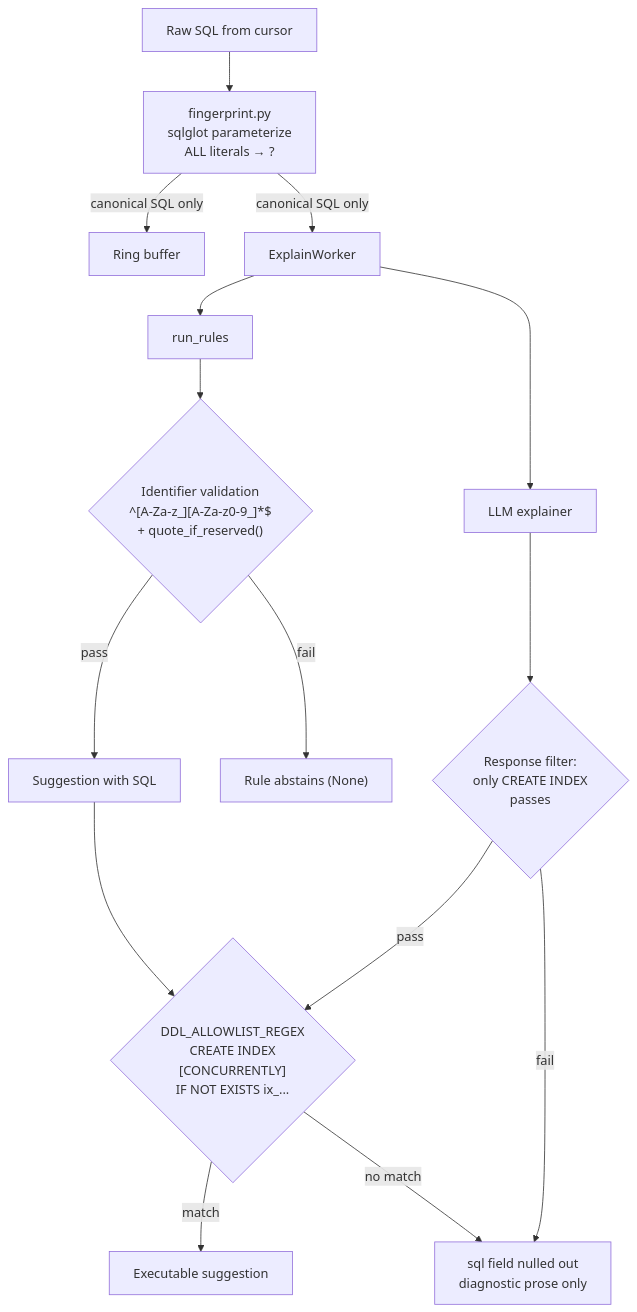
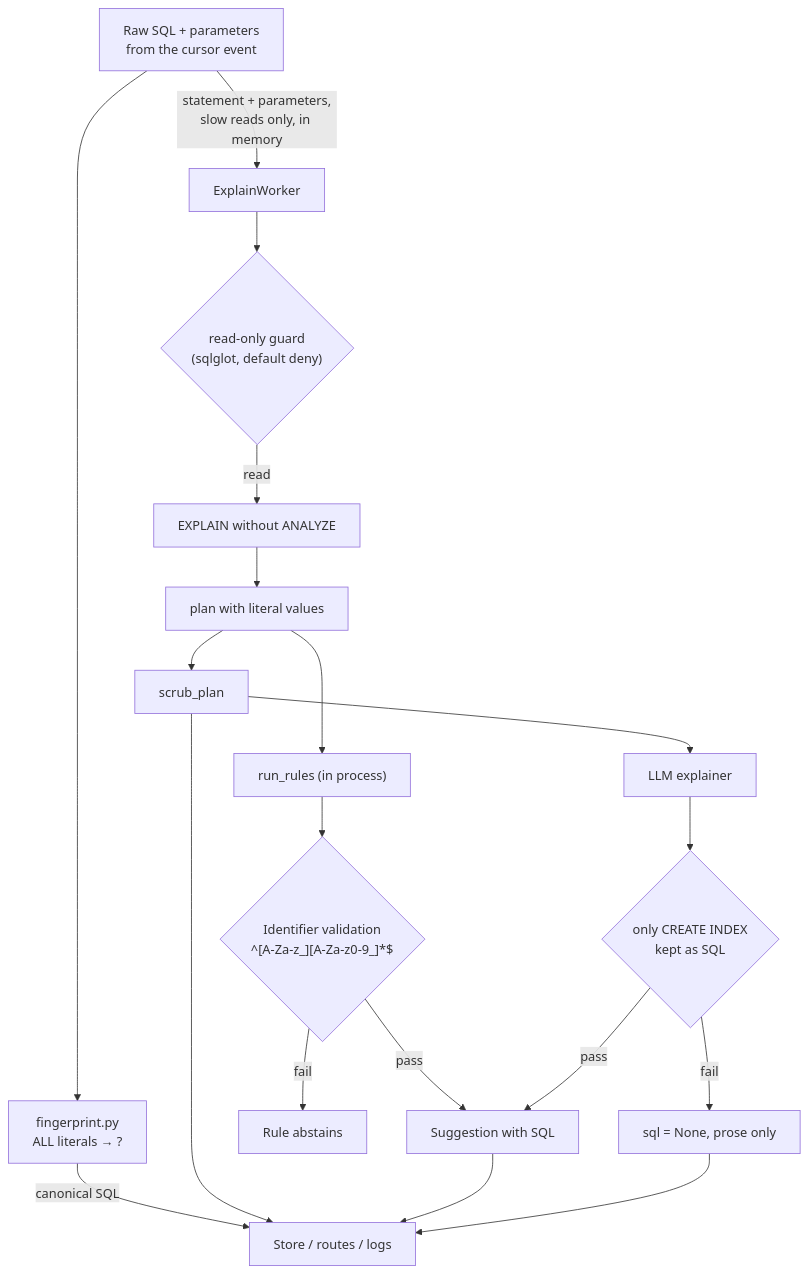
The third of 3 diagrams in docs/ARCHITECTURE.md (Abdul-Muizz1310/slowquery-detective), drawn with Mermaid before and after one commit. The commit also changed other lines of this file and 5 other files, not shown here.

````diff
--- a/docs/ARCHITECTURE.md
+++ b/docs/ARCHITECTURE.md
@@ -66,17 +86,21 @@
 ```mermaid
 flowchart TD
-    Raw["Raw SQL from cursor"] --> FP["fingerprint.py<br/>sqlglot parameterize<br/>ALL literals → ?"]
-    FP -->|"canonical SQL only"| Buffer["Ring buffer"]
-    FP -->|"canonical SQL only"| Worker["ExplainWorker"]
-    Worker --> Rules["run_rules"]
-    Rules --> IdCheck{"Identifier validation<br/>^[A-Za-z_][A-Za-z0-9_]*$<br/>+ quote_if_reserved()"}
+    Raw["Raw SQL + parameters<br/>from the cursor event"] --> FP["fingerprint.py<br/>ALL literals → ?"]
+    FP -->|"canonical SQL"| Store["Store / routes / logs"]
+    Raw -->|"statement + parameters,<br/>slow reads only, in memory"| Worker["ExplainWorker"]
+    Worker --> Guard{"read-only guard<br/>(sqlglot, default deny)"}
+    Guard -- "read" --> Explain["EXPLAIN without ANALYZE"]
+    Explain --> Plan["plan with literal values"]
+    Plan --> Rules["run_rules (in process)"]
+    Plan --> Scrub["scrub_plan"]
+    Scrub --> Store
+    Scrub --> LLM["LLM explainer"]
+    Rules --> IdCheck{"Identifier validation<br/>^[A-Za-z_][A-Za-z0-9_]*$"}
     IdCheck -- "pass" --> Suggestion["Suggestion with SQL"]
-    IdCheck -- "fail" --> Abstain["Rule abstains (None)"]
-    Suggestion --> DDL{"DDL_ALLOWLIST_REGEX<br/>CREATE INDEX<br/>[CONCURRENTLY]<br/>IF NOT EXISTS ix_..."}
-    DDL -- "match" --> Executable["Executable suggestion"]
-    DDL -- "no match" --> Prose["sql field nulled out<br/>diagnostic prose only"]
-    Worker --> LLM["LLM explainer"]
-    LLM --> Filter{"Response filter:<br/>only CREATE INDEX<br/>passes"}
-    Filter -- "pass" --> DDL
-    Filter -- "fail" --> Prose
+    IdCheck -- "fail" --> Abstain["Rule abstains"]
+    LLM --> Filter{"only CREATE INDEX<br/>kept as SQL"}
+    Filter -- "pass" --> Suggestion
+    Filter -- "fail" --> Prose["sql = None, prose only"]
+    Suggestion --> Store
+    Prose --> Store
 ```
````
